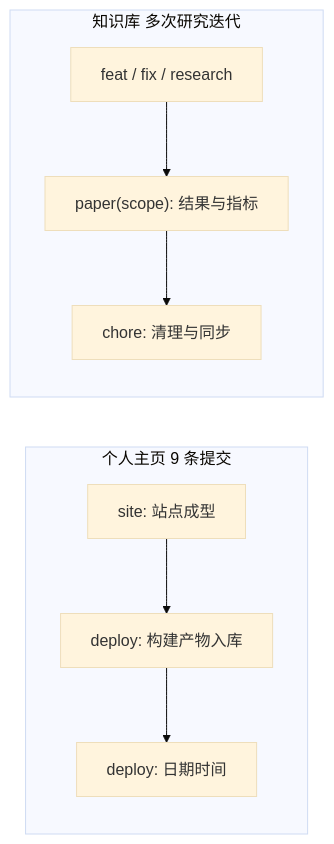
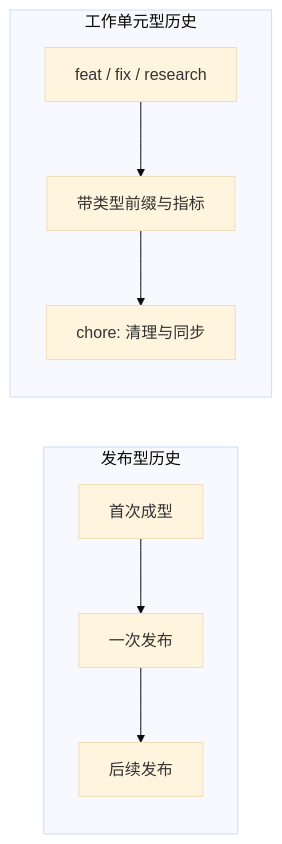
Before and after one commit to TC635807/TC63PersonalWebsite: the first of 2 diagrams in docs/35-工程与发布/01-Git与分支流程/01-提交历史怎么读.md, drawn with Mermaid (base theme). The commit also changed other lines of this file and 563 other files, not shown here.

````diff
--- a/docs/35-工程与发布/01-Git与分支流程/01-提交历史怎么读.md
+++ b/docs/35-工程与发布/01-Git与分支流程/01-提交历史怎么读.md
@@ -25,9 +43,9 @@
 ```mermaid
 flowchart LR
-  subgraph WEB["个人主页 9 条提交"]
-    W1["site: 站点成型"] --> W2["deploy: 构建产物入库"] --> W3["deploy: 日期时间"]
+  subgraph WEB["发布型历史"]
+    W1["首次成型"] --> W2["一次发布"] --> W3["后续发布"]
   end
-  subgraph KD["知识库 多次研究迭代"]
-    K1["feat / fix / research"] --> K2["paper(scope): 结果与指标"] --> K3["chore: 清理与同步"]
+  subgraph KD["工作单元型历史"]
+    K1["feat / fix / research"] --> K2["带类型前缀与指标"] --> K3["chore: 清理与同步"]
   end
 ```
````
